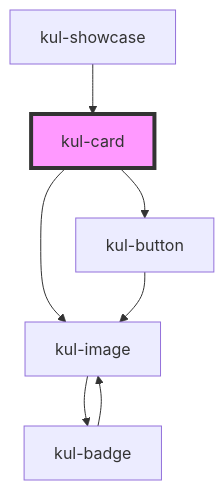
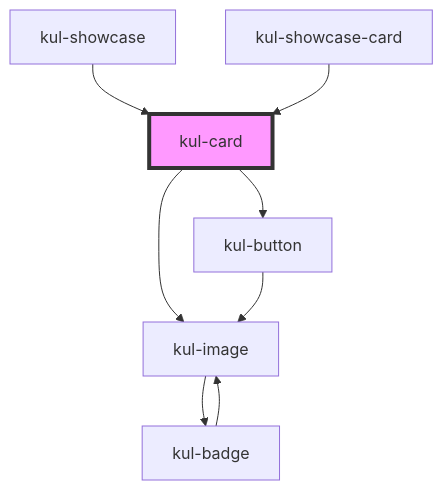
The diagram in packages/ketchup-lite/src/components/kul-card/readme.md (smeup/ketchup), drawn with Mermaid before and after one commit. The commit also changed other lines of this file and 15 other files, not shown here.

````diff
--- a/packages/ketchup-lite/src/components/kul-card/readme.md
+++ b/packages/ketchup-lite/src/components/kul-card/readme.md
@@ -115,10 +116,11 @@
 ```mermaid
 graph TD;
   kul-card --> kul-image
   kul-card --> kul-button
   kul-image --> kul-badge
   kul-badge --> kul-image
   kul-button --> kul-image
   kul-showcase --> kul-card
+  kul-showcase-card --> kul-card
   style kul-card fill:#f9f,stroke:#333,stroke-width:4px
 ```
````
